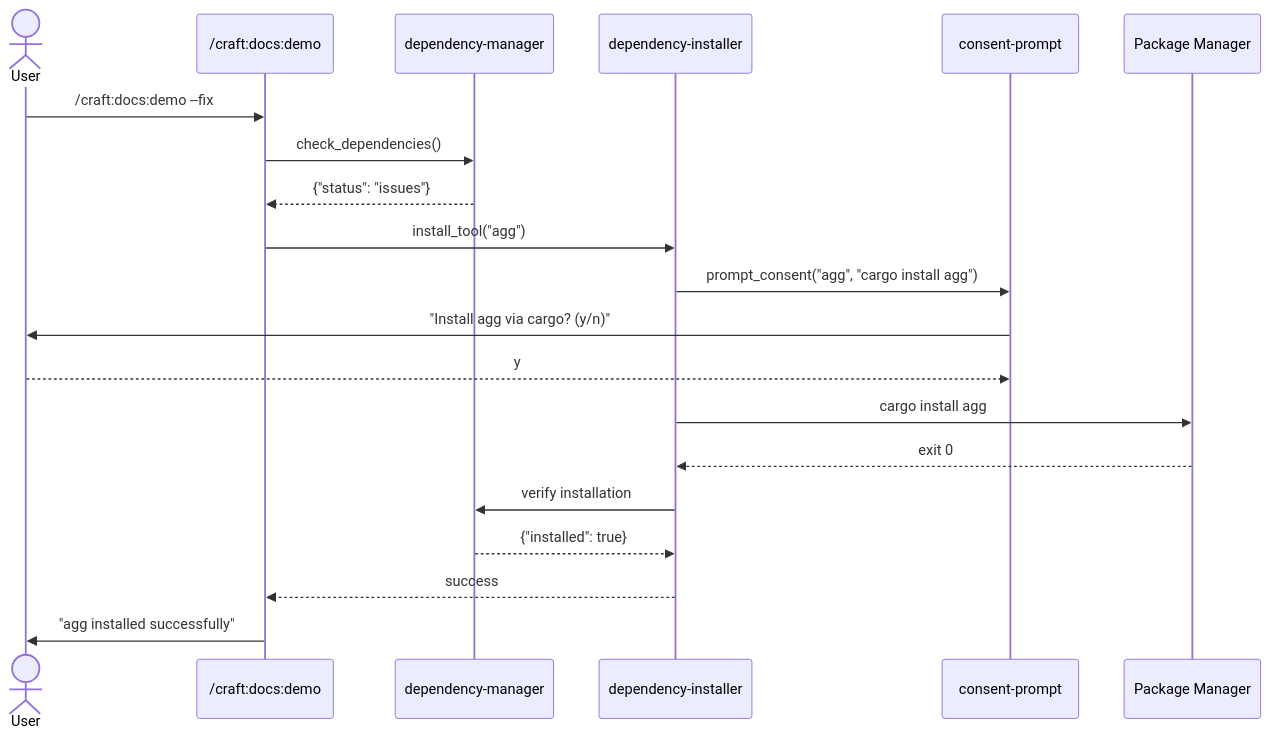
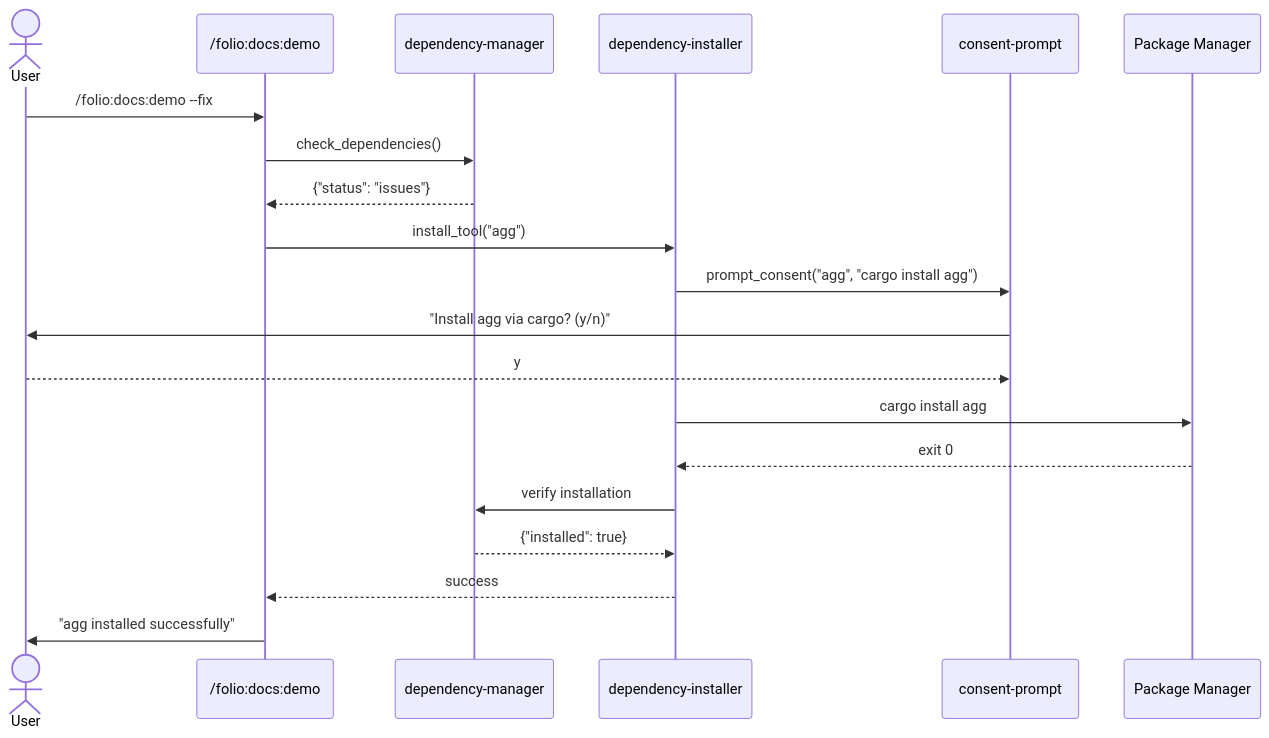
One commit to Data-Wise/craft changed the seventh of 18 diagrams in docs/DEPENDENCY-ARCHITECTURE.md. Above: the diagram before and after it, drawn with Mermaid. The commit also changed other lines of this file and 64 other files, not shown here.

````diff
--- a/docs/DEPENDENCY-ARCHITECTURE.md
+++ b/docs/DEPENDENCY-ARCHITECTURE.md
@@ -312,27 +312,27 @@
 ```mermaid
 sequenceDiagram
     actor User
-    participant CLI as /craft:docs:demo
+    participant CLI as /folio:docs:demo
     participant DM as dependency-manager
     participant DI as dependency-installer
     participant CP as consent-prompt
     participant PKG as Package Manager
 
-    User->>CLI: /craft:docs:demo --fix
+    User->>CLI: /folio:docs:demo --fix
     CLI->>DM: check_dependencies()
     DM-->>CLI: {"status": "issues"}
 
     CLI->>DI: install_tool("agg")
     DI->>CP: prompt_consent("agg", "cargo install agg")
     CP->>User: "Install agg via cargo? (y/n)"
     User-->>CP: y
 
     DI->>PKG: cargo install agg
     PKG-->>DI: exit 0
 
     DI->>DM: verify installation
     DM-->>DI: {"installed": true}
     DI-->>CLI: success
 
     CLI->>User: "agg installed successfully"
 ```
````
